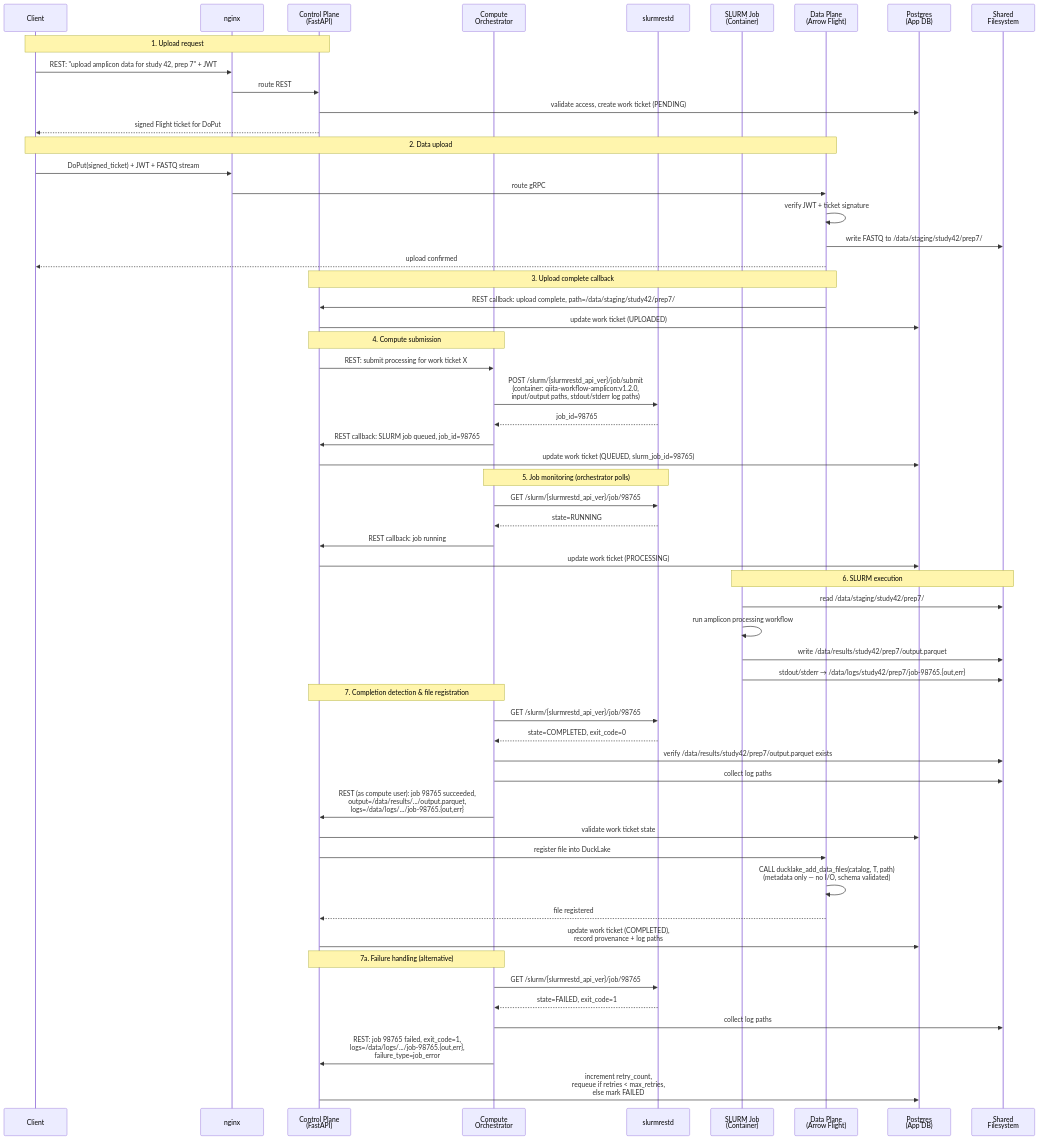
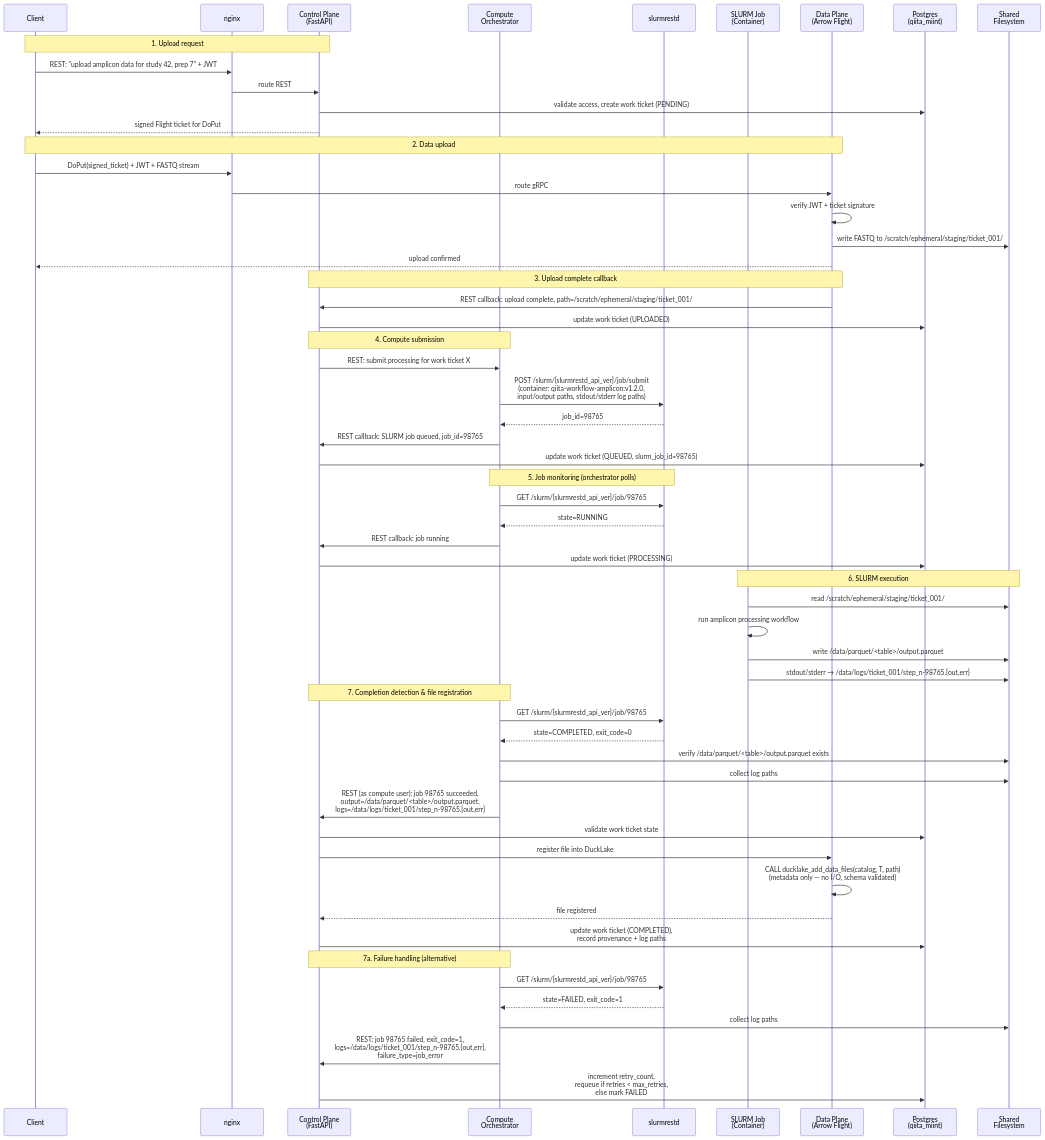
Before and after one commit to the-miint/Qiita: the fourth of 5 diagrams in docs/architecture.md, drawn with Mermaid. The commit also changed other lines of this file and 4 other files, not shown here.

````diff
--- a/docs/architecture.md
+++ b/docs/architecture.md
@@ -451,67 +451,67 @@
 ```mermaid
 sequenceDiagram
     participant C as Client
     participant NX as nginx
     participant CP as Control Plane<br/>(FastAPI)
     participant CO as Compute<br/>Orchestrator
     participant SR as slurmrestd
     participant SL as SLURM Job<br/>(Container)
     participant DP as Data Plane<br/>(Arrow Flight)
-    participant PG_APP as Postgres<br/>(App DB)
+    participant PG_APP as Postgres<br/>(qiita_miint)
     participant FS as Shared<br/>Filesystem
 
     Note over C,CP: 1. Upload request
     C->>NX: REST: "upload amplicon data for study 42, prep 7" + JWT
     NX->>CP: route REST
     CP->>PG_APP: validate access, create work ticket (PENDING)
     CP-->>C: signed Flight ticket for DoPut
 
     Note over C,DP: 2. Data upload
     C->>NX: DoPut(signed_ticket) + JWT + FASTQ stream
     NX->>DP: route gRPC
     DP->>DP: verify JWT + ticket signature
-    DP->>FS: write FASTQ to /data/staging/study42/prep7/
+    DP->>FS: write FASTQ to /scratch/ephemeral/staging/ticket_001/
     DP-->>C: upload confirmed
 
     Note over DP,CP: 3. Upload complete callback
-    DP->>CP: REST callback: upload complete, path=/data/staging/study42/prep7/
+    DP->>CP: REST callback: upload complete, path=/scratch/ephemeral/staging/ticket_001/
     CP->>PG_APP: update work ticket (UPLOADED)
 
     Note over CP,CO: 4. Compute submission
     CP->>CO: REST: submit processing for work ticket X
     CO->>SR: POST /slurm/{slurmrestd_api_ver}/job/submit<br/>(container: qiita-workflow-amplicon:v1.2.0,<br/>input/output paths, stdout/stderr log paths)
     SR-->>CO: job_id=98765
     CO->>CP: REST callback: SLURM job queued, job_id=98765
     CP->>PG_APP: update work ticket (QUEUED, slurm_job_id=98765)
 
     Note over CO,SR: 5. Job monitoring (orchestrator polls)
     CO->>SR: GET /slurm/{slurmrestd_api_ver}/job/98765
     SR-->>CO: state=RUNNING
     CO->>CP: REST callback: job running
     CP->>PG_APP: update work ticket (PROCESSING)
 
     Note over SL,FS: 6. SLURM execution
-    SL->>FS: read /data/staging/study42/prep7/
+    SL->>FS: read /scratch/ephemeral/staging/ticket_001/
     SL->>SL: run amplicon processing workflow
-    SL->>FS: write /data/results/study42/prep7/output.parquet
-    SL->>FS: stdout/stderr → /data/logs/study42/prep7/job-98765.{out,err}
+    SL->>FS: write /data/parquet/<table>/output.parquet
+    SL->>FS: stdout/stderr → /data/logs/ticket_001/step_n-98765.{out,err}
 
     Note over CO,CP: 7. Completion detection & file registration
     CO->>SR: GET /slurm/{slurmrestd_api_ver}/job/98765
     SR-->>CO: state=COMPLETED, exit_code=0
-    CO->>FS: verify /data/results/study42/prep7/output.parquet exists
+    CO->>FS: verify /data/parquet/<table>/output.parquet exists
     CO->>FS: collect log paths
-    CO->>CP: REST (as compute user): job 98765 succeeded,<br/>output=/data/results/.../output.parquet,<br/>logs=/data/logs/.../job-98765.{out,err}
+    CO->>CP: REST (as compute user): job 98765 succeeded,<br/>output=/data/parquet/<table>/output.parquet,<br/>logs=/data/logs/ticket_001/step_n-98765.{out,err}
     CP->>PG_APP: validate work ticket state
     CP->>DP: register file into DuckLake
     DP->>DP: CALL ducklake_add_data_files(catalog, T, path)<br/>(metadata only — no I/O, schema validated)
     DP-->>CP: file registered
     CP->>PG_APP: update work ticket (COMPLETED),<br/>record provenance + log paths
 
     Note over CO,CP: 7a. Failure handling (alternative)
     CO->>SR: GET /slurm/{slurmrestd_api_ver}/job/98765
     SR-->>CO: state=FAILED, exit_code=1
     CO->>FS: collect log paths
-    CO->>CP: REST: job 98765 failed, exit_code=1,<br/>logs=/data/logs/.../job-98765.{out,err},<br/>failure_type=job_error
+    CO->>CP: REST: job 98765 failed, exit_code=1,<br/>logs=/data/logs/ticket_001/step_n-98765.{out,err},<br/>failure_type=job_error
     CP->>PG_APP: increment retry_count,<br/>requeue if retries < max_retries,<br/>else mark FAILED
 ```
````
